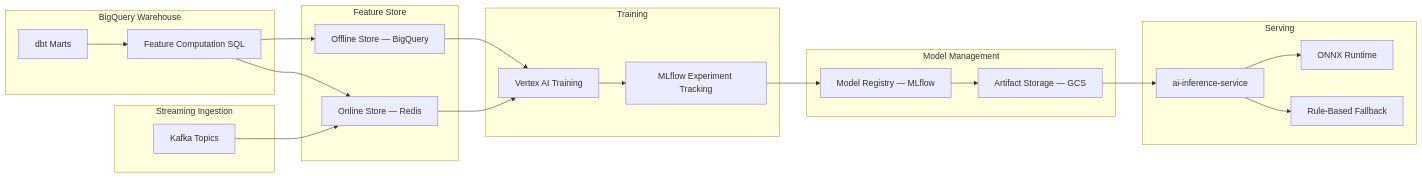
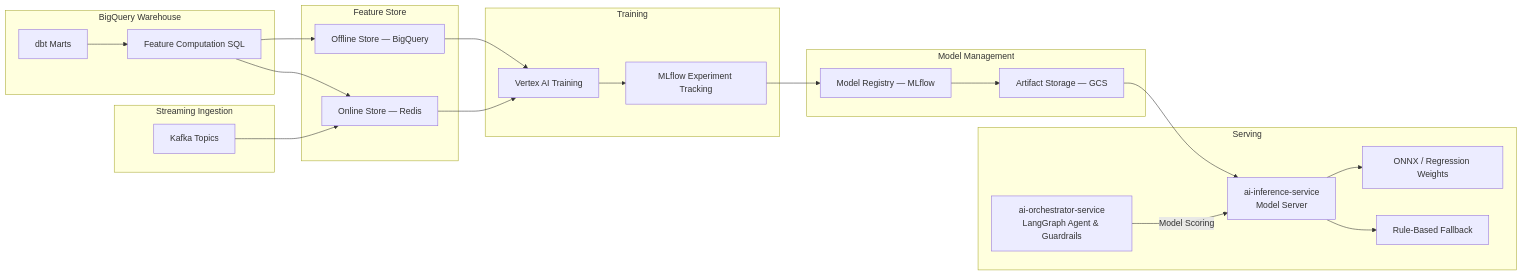
Before and after one commit to sunitakeazycommerz-a11y/InstaCommerce: the sixth of 9 diagrams in docs/architecture/DATA-FLOW.md, drawn with Mermaid. The commit also changed other lines of this file and 77 other files, not shown here.

First line of the commit message:
docs: reconcile monorepo architecture, services and runbooks with codebase truth

````diff
--- a/docs/architecture/DATA-FLOW.md
+++ b/docs/architecture/DATA-FLOW.md
@@ -439,46 +444,48 @@
 ```mermaid
 graph LR
     subgraph "BigQuery Warehouse"
         MRT[dbt Marts]
         FQ[Feature Computation SQL]
     end
 
     subgraph "Feature Store"
         ON[Online Store — Redis]
         OF[Offline Store — BigQuery]
     end
 
     subgraph "Streaming Ingestion"
         KF[Kafka Topics]
     end
 
     subgraph "Training"
         VA[Vertex AI Training]
         MLF[MLflow Experiment Tracking]
     end
 
     subgraph "Model Management"
         MR[Model Registry — MLflow]
         GCS[Artifact Storage — GCS]
     end
 
     subgraph "Serving"
-        AIS[ai-inference-service]
-        ONNX[ONNX Runtime]
+        AIO[ai-orchestrator-service<br/>LangGraph Agent & Guardrails]
+        AIS[ai-inference-service<br/>Model Server]
+        ONNX[ONNX / Regression Weights]
         FB[Rule-Based Fallback]
     end
 
     MRT --> FQ
     FQ --> OF
     FQ --> ON
     KF --> ON
 
     OF --> VA
     ON --> VA
     VA --> MLF
     MLF --> MR
     MR --> GCS
     GCS --> AIS
+    AIO -->|Model Scoring| AIS
     AIS --> ONNX
     AIS --> FB
 ```
````
